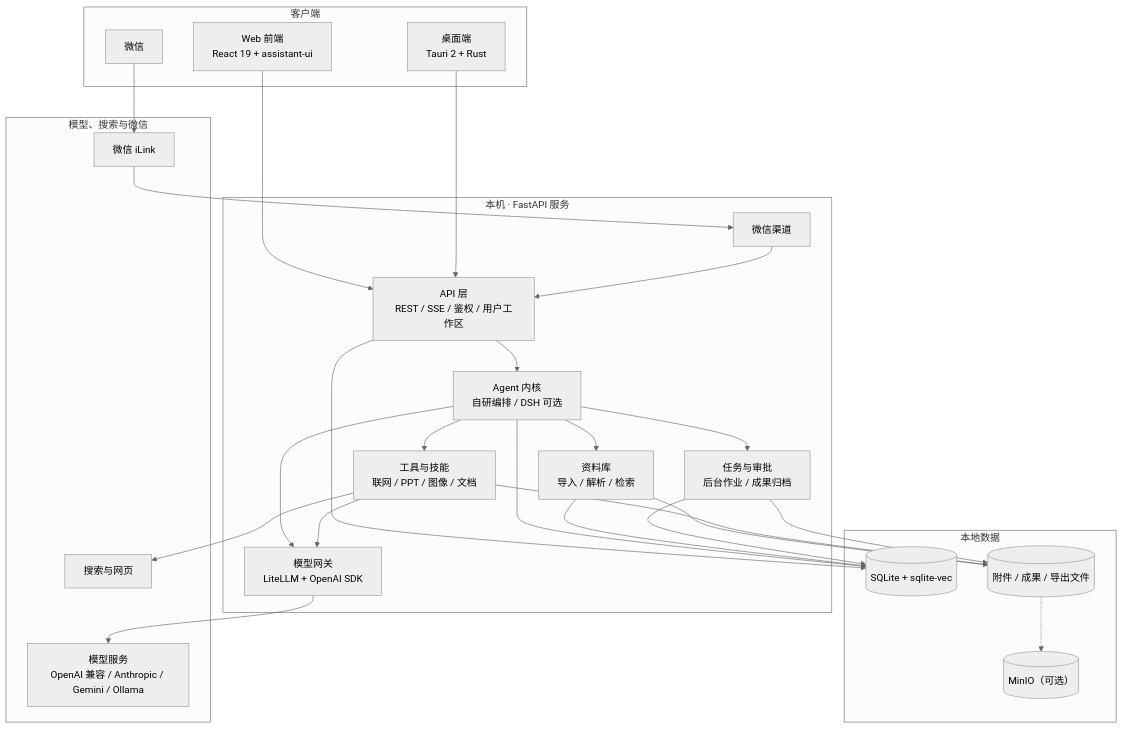
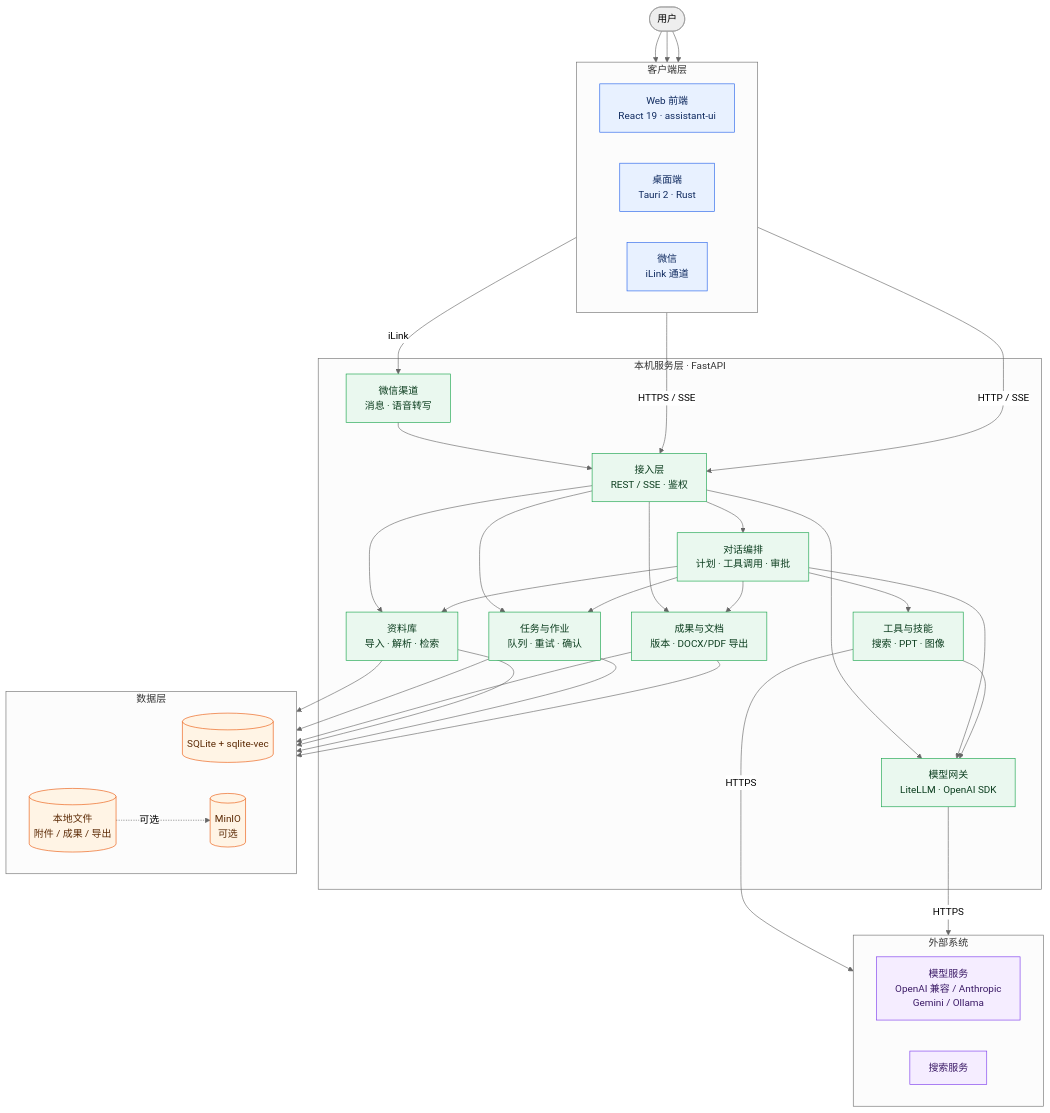
One commit to Xiaolang-d3/TuanTuan changed the diagram in README.md. Above: the diagram before and after it, drawn with Mermaid (neutral theme). The commit also changed other lines of this file, not shown here.

Commit message:
docs: 更新项目说明

````diff
--- a/README.md
+++ b/README.md
@@ -42,52 +18,77 @@
 ```mermaid
 flowchart TB
-  subgraph clients["客户端"]
-    Web["Web 前端<br/>React 19 + assistant-ui"]
-    Desktop["桌面端<br/>Tauri 2 + Rust"]
-    WeChat["微信"]
+  User(["用户"])
+
+  subgraph Clients["客户端层"]
+    direction LR
+    Web["Web 前端<br/>React 19 · assistant-ui"]
+    Desktop["桌面端<br/>Tauri 2 · Rust"]
+    WeChat["微信<br/>iLink 通道"]
   end
 
-  subgraph local["本机 · FastAPI 服务"]
-    API["API 层<br/>REST / SSE / 鉴权 / 用户工作区"]
-    Channel["微信渠道"]
-    Kernel["Agent 内核<br/>自研编排 / DSH 可选"]
-    Library["资料库<br/>导入 / 解析 / 检索"]
-    Tools["工具与技能<br/>联网 / PPT / 图像 / 文档"]
-    Jobs["任务与审批<br/>后台作业 / 成果归档"]
-    Gateway["模型网关<br/>LiteLLM + OpenAI SDK"]
+  subgraph Service["本机服务层 · FastAPI"]
+    API["接入层<br/>REST / SSE · 鉴权"]
+    Channel["微信渠道<br/>消息 · 语音转写"]
+    Orchestrator["对话编排<br/>计划 · 工具调用 · 审批"]
+    Library["资料库<br/>导入 · 解析 · 检索"]
+    Jobs["任务与作业<br/>队列 · 重试 · 确认"]
+    Artifacts["成果与文档<br/>版本 · DOCX/PDF 导出"]
+    Tools["工具与技能<br/>搜索 · PPT · 图像"]
+    Gateway["模型网关<br/>LiteLLM · OpenAI SDK"]
   end
 
-  subgraph data["本地数据"]
-    SQLite[("SQLite + sqlite-vec")]
-    Files[("附件 / 成果 / 导出文件")]
-    MinIO[("MinIO（可选）")]
+  subgraph Data["数据层"]
+    direction LR
+    DB[("SQLite + sqlite-vec")]
+    Files[("本地文件<br/>附件 / 成果 / 导出")]
+    MinIO[("MinIO<br/>可选")]
   end
 
-  subgraph external["模型、搜索与微信"]
-    Models["模型服务<br/>OpenAI 兼容 / Anthropic / Gemini / Ollama"]
-    Search["搜索与网页"]
-    ILINK["微信 iLink"]
+  subgraph External["外部系统"]
+    direction LR
+    LLM["模型服务<br/>OpenAI 兼容 / Anthropic<br/>Gemini / Ollama"]
+    Search["搜索服务"]
   end
 
-  Web --> API
-  Desktop --> API
-  WeChat --> ILINK
-  ILINK --> Channel
+  User --> Web
+  User --> Desktop
+  User --> WeChat
+
+  Web -->|HTTPS / SSE| API
+  Desktop -->|HTTP / SSE| API
+  WeChat -->|iLink| Channel
   Channel --> API
-  API --> Kernel
-  Kernel --> Library
-  Kernel --> Tools
-  Kernel --> Jobs
-  Kernel --> Gateway
+
+  API --> Orchestrator
+  API --> Library
+  API --> Jobs
+  API --> Artifacts
+  API --> Gateway
+
+  Orchestrator --> Library
+  Orchestrator --> Jobs
+  Orchestrator --> Artifacts
+  Orchestrator --> Tools
+  Orchestrator --> Gateway
+
   Tools --> Gateway
-  Gateway --> Models
-  Tools --> Search
-  API --> SQLite
-  Kernel --> SQLite
-  Library --> SQLite
-  Jobs --> SQLite
+  Tools -->|HTTPS| Search
+  Gateway -->|HTTPS| LLM
+
+  Library --> DB
+  Jobs --> DB
+  Artifacts --> DB
   Library --> Files
-  Tools --> Files
   Jobs --> Files
-  Files -.-> MinIO
+  Artifacts --> Files
+  Files -.->|可选| MinIO
+
+  classDef client fill:#E8F1FF,stroke:#2563EB,color:#0F2A5F
+  classDef service fill:#EAF8EF,stroke:#16A34A,color:#0B3D1E
+  classDef data fill:#FFF4E5,stroke:#EA580C,color:#5C2A05
+  classDef external fill:#F5EDFF,stroke:#7C3AED,color:#3B1A66
+  class Web,Desktop,WeChat client
+  class API,Channel,Orchestrator,Library,Jobs,Artifacts,Tools,Gateway service
+  class DB,Files,MinIO data
+  class LLM,Search external
 ```
````
